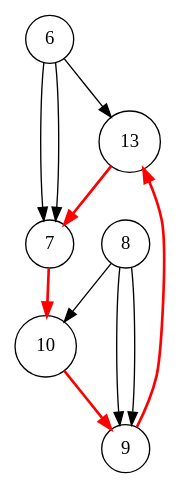
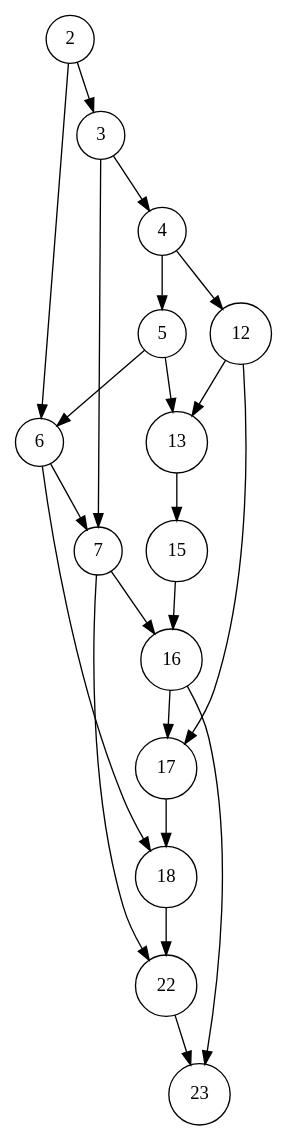
The diagram in execution_10.dot (gintskk/execution-log-parser), drawn with Graphviz before and after one commit. The commit also changed 22 other files, not shown here.

```diff
--- a/execution_10.dot
+++ b/execution_10.dot
@@ -1,14 +1,24 @@
 digraph execution {
   node [shape=circle];
-  13 -> 7 [color=red, penwidth=2.0];
-  10 -> 9 [color=red, penwidth=2.0];
-  7 -> 10 [color=red, penwidth=2.0];
+  18 -> 22;
+  13 -> 15;
+  7 -> 22;
+  7 -> 16;
   6 -> 7;
-  6 -> 13;
-  6 -> 7;
-  9 -> 13 [color=red, penwidth=2.0];
-  8 -> 9;
-  8 -> 10;
-  8 -> 9;
-  {node [style=filled, fillcolor=lightpink] 13 7 10 9 13 }
+  6 -> 18;
+  22 -> 23;
+  5 -> 6;
+  5 -> 13;
+  4 -> 5;
+  4 -> 12;
+  3 -> 4;
+  3 -> 7;
+  2 -> 3;
+  2 -> 6;
+  12 -> 13;
+  12 -> 17;
+  17 -> 18;
+  16 -> 17;
+  16 -> 23;
+  15 -> 16;
 }
```
